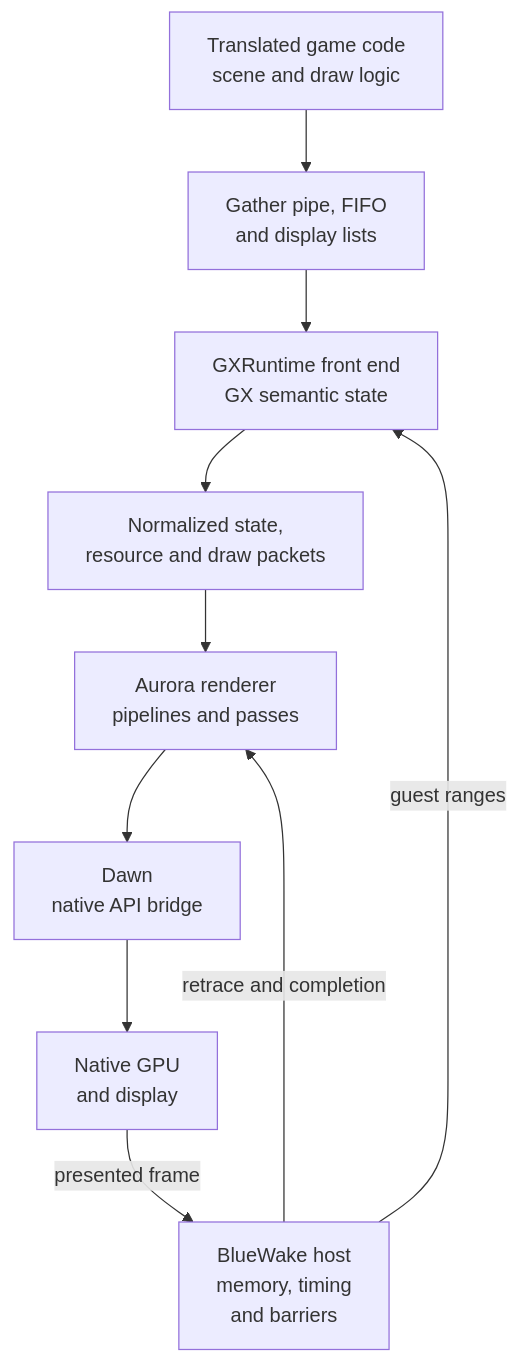
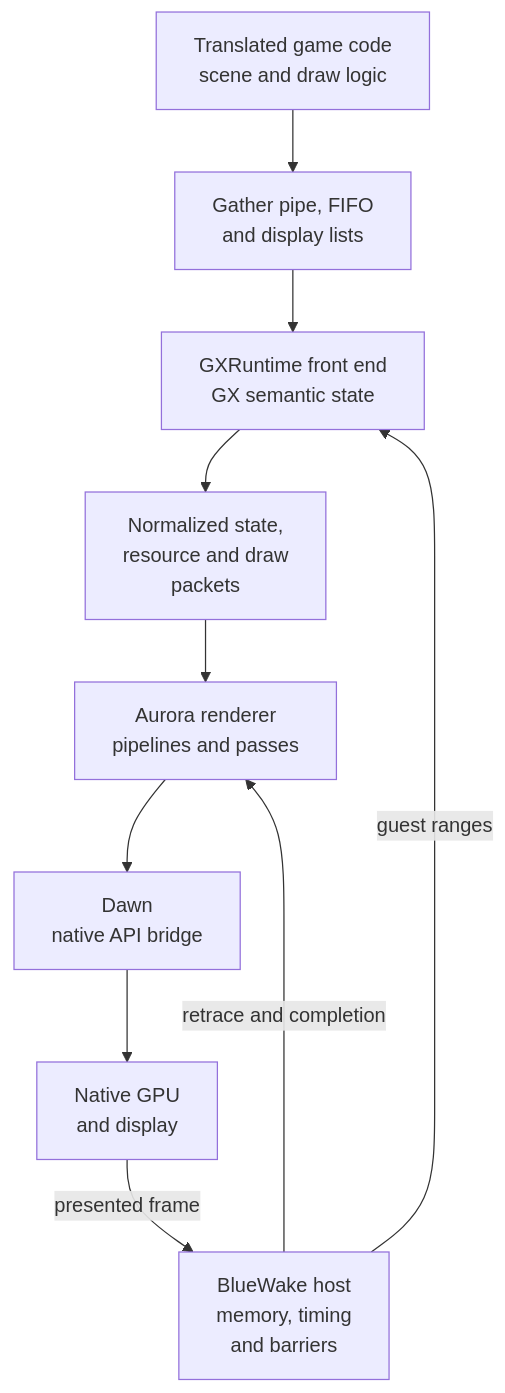
Before and after one commit to Aelbannan/boat_of_daphnes: the seventh of 11 diagrams in docs/architecture/Graphics.md, drawn with Mermaid. The commit also changed other lines of this file and 7 other files, not shown here.

Commit message:
Wrap Mermaid diagram labels

````diff
--- a/docs/architecture/Graphics.md
+++ b/docs/architecture/Graphics.md
@@ -453,25 +461,26 @@
 ```mermaid
 flowchart TD
     Game["`Translated game code
 scene and draw logic`"]
     FIFO["`Gather pipe, FIFO
 and display lists`"]
     GX["`GXRuntime front end
 GX semantic state`"]
     Packets["`Normalized state,
-resource and draw packets`"]
+resource and draw
+packets`"]
     Aurora["`Aurora renderer
 pipelines and passes`"]
     Dawn["`Dawn
 native API bridge`"]
     GPU["`Native GPU
 and display`"]
     Host["`BlueWake host
 memory, timing
 and barriers`"]
 
     Game --> FIFO --> GX --> Packets --> Aurora --> Dawn --> GPU
     Host -->|"guest ranges"| GX
     Host -->|"retrace and completion"| Aurora
     GPU -->|"presented frame"| Host
 ```
````
